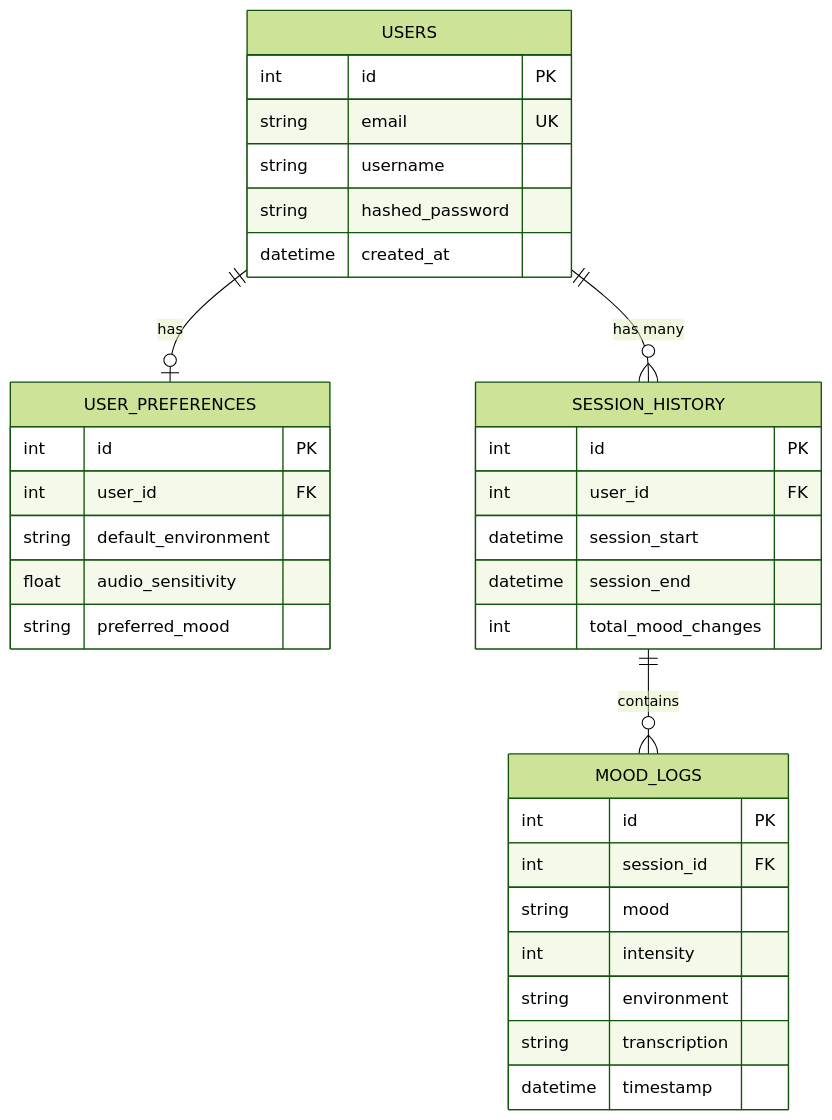
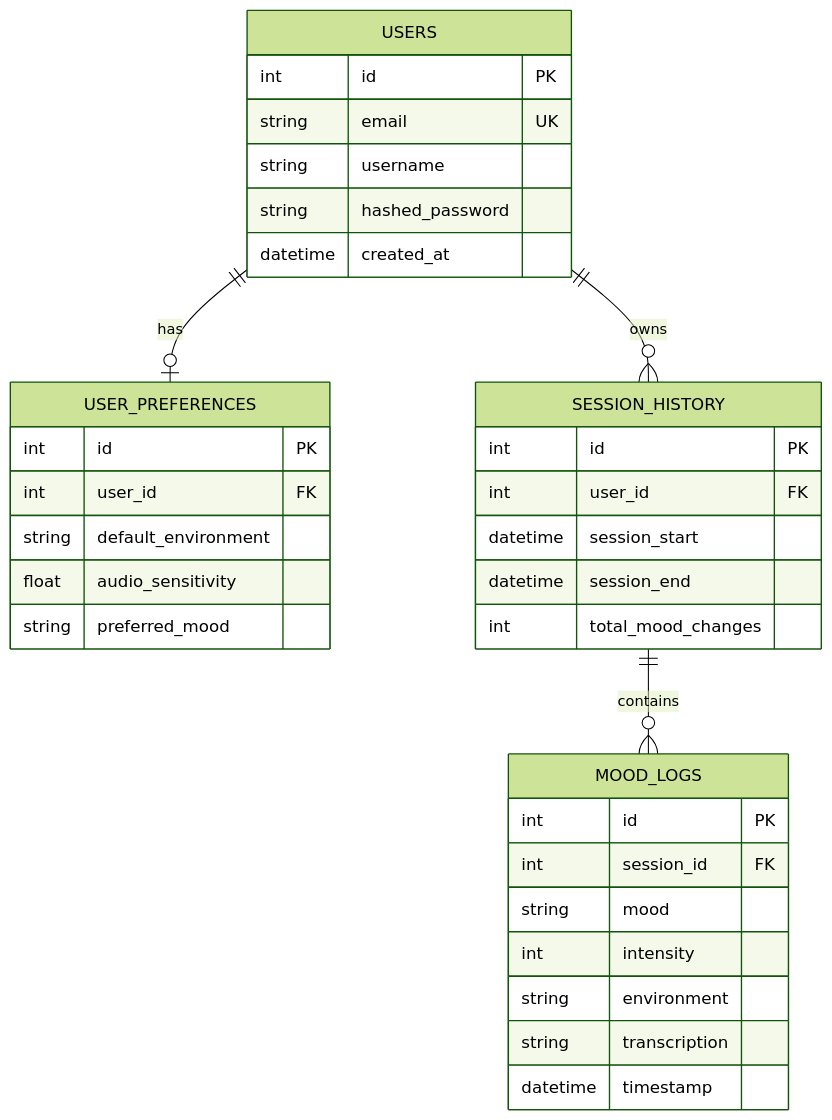
The sixth of 15 diagrams in Кваліфікаційна_робота_магістра.md (Djungarik/MastersDiploma), drawn with Mermaid (forest theme) before and after one commit. The commit also changed other lines of this file and 125 other files, not shown here.

First line of the commit message:
Thesis review fixes: sequential audio transitions, tests, experiments, diagrams

````diff
--- a/Кваліфікаційна_робота_магістра.md
+++ b/Кваліфікаційна_робота_магістра.md
@@ -761,40 +642,40 @@
 ```mermaid
 erDiagram
+    USERS ||--o| USER_PREFERENCES : "has"
+    USERS ||--o{ SESSION_HISTORY : "owns"
+    SESSION_HISTORY ||--o{ MOOD_LOGS : "contains"
+
     USERS {
         int id PK
         string email UK
         string username
         string hashed_password
         datetime created_at
     }
 
     USER_PREFERENCES {
         int id PK
         int user_id FK
         string default_environment
         float audio_sensitivity
         string preferred_mood
     }
 
     SESSION_HISTORY {
         int id PK
         int user_id FK
         datetime session_start
         datetime session_end
         int total_mood_changes
     }
 
     MOOD_LOGS {
         int id PK
         int session_id FK
         string mood
         int intensity
         string environment
         string transcription
         datetime timestamp
     }
-
-    USERS ||--o| USER_PREFERENCES : "has"
-    USERS ||--o{ SESSION_HISTORY : "has many"
-    SESSION_HISTORY ||--o{ MOOD_LOGS : "contains"
 ```
````
